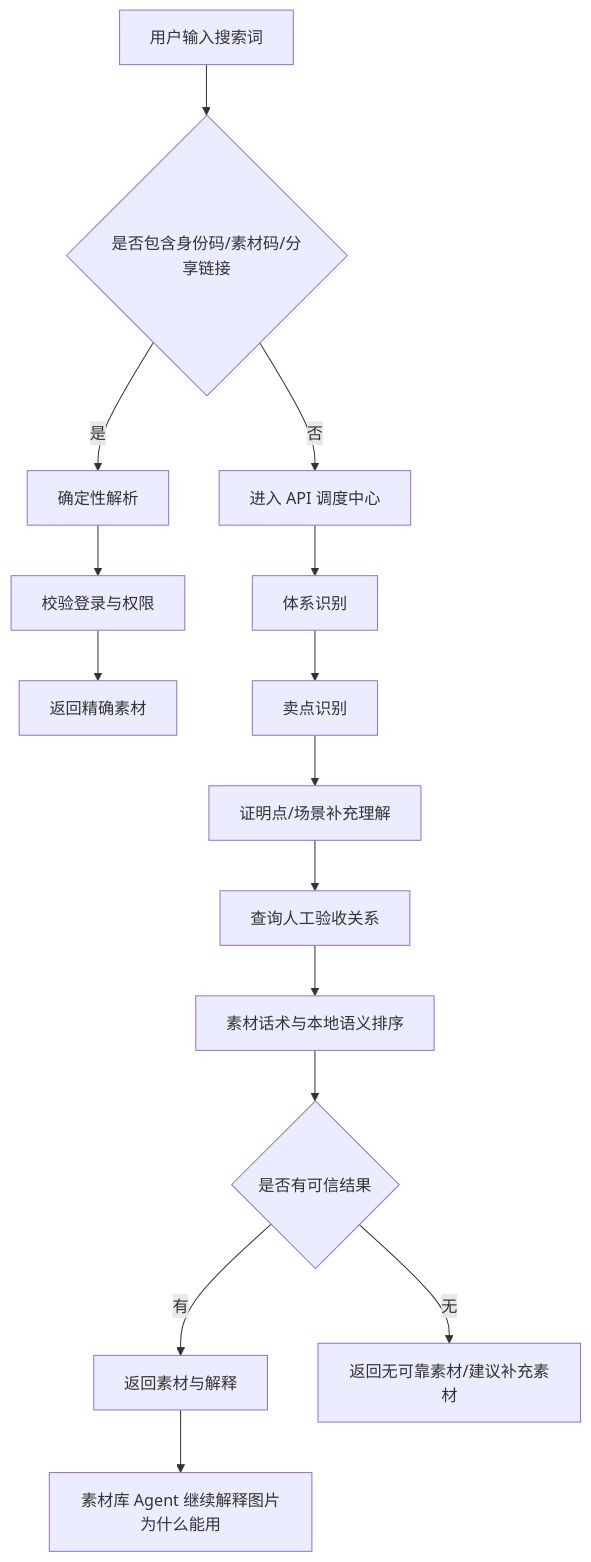
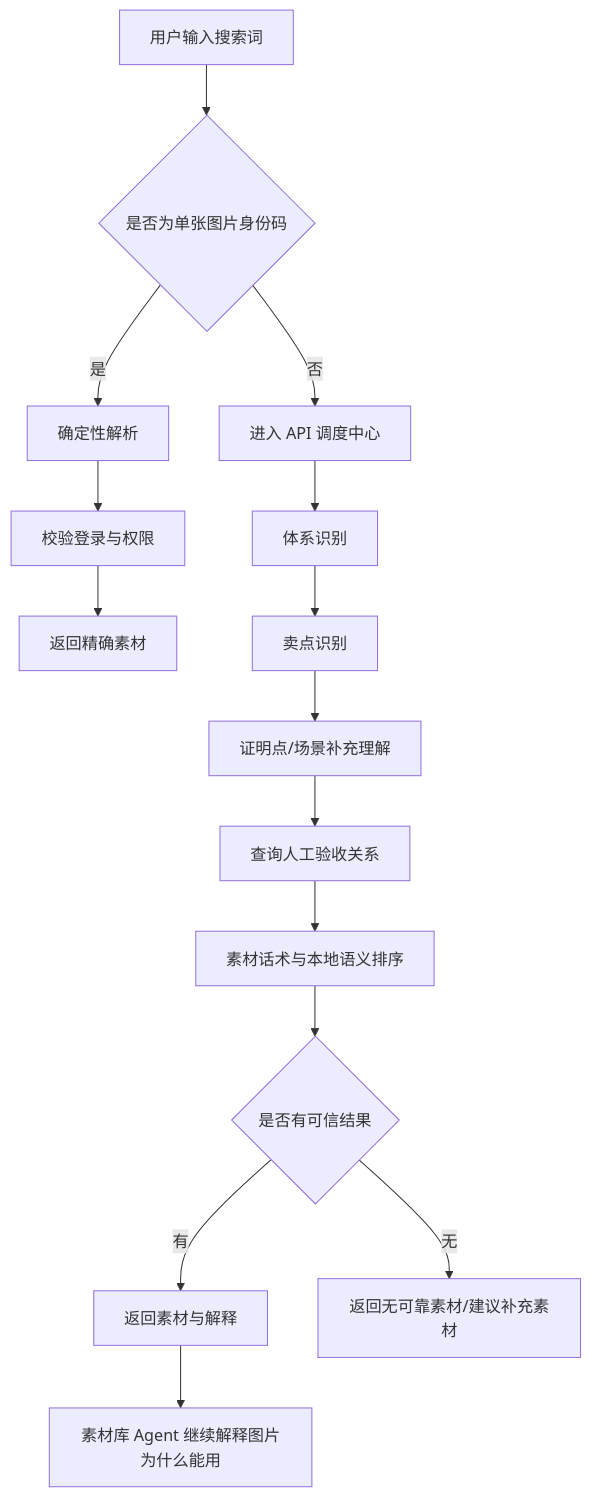
One commit to qqq54522/piancton changed the fourth of 8 diagrams in docs/SELLING_POINT_KNOWLEDGE_REPLICATION_GUIDE.md. Above: the diagram before and after it, drawn with Mermaid. The commit also changed other lines of this file and 67 other files, not shown here.

````diff
--- a/docs/SELLING_POINT_KNOWLEDGE_REPLICATION_GUIDE.md
+++ b/docs/SELLING_POINT_KNOWLEDGE_REPLICATION_GUIDE.md
@@ -254,18 +256,18 @@
 ```mermaid
 flowchart TD
-    A[用户输入搜索词] --> B{是否包含身份码/素材码/分享链接}
+    A[用户输入搜索词] --> B{是否为单张图片身份码}
     B -->|是| C[确定性解析]
     C --> D[校验登录与权限]
     D --> E[返回精确素材]
 
     B -->|否| F[进入 API 调度中心]
     F --> G[体系识别]
     G --> H[卖点识别]
     H --> I[证明点/场景补充理解]
     I --> J[查询人工验收关系]
     J --> K[素材话术与本地语义排序]
     K --> L{是否有可信结果}
     L -->|有| M[返回素材与解释]
     L -->|无| N[返回无可靠素材/建议补充素材]
     M --> O[素材库 Agent 继续解释图片为什么能用]
 ```
````
